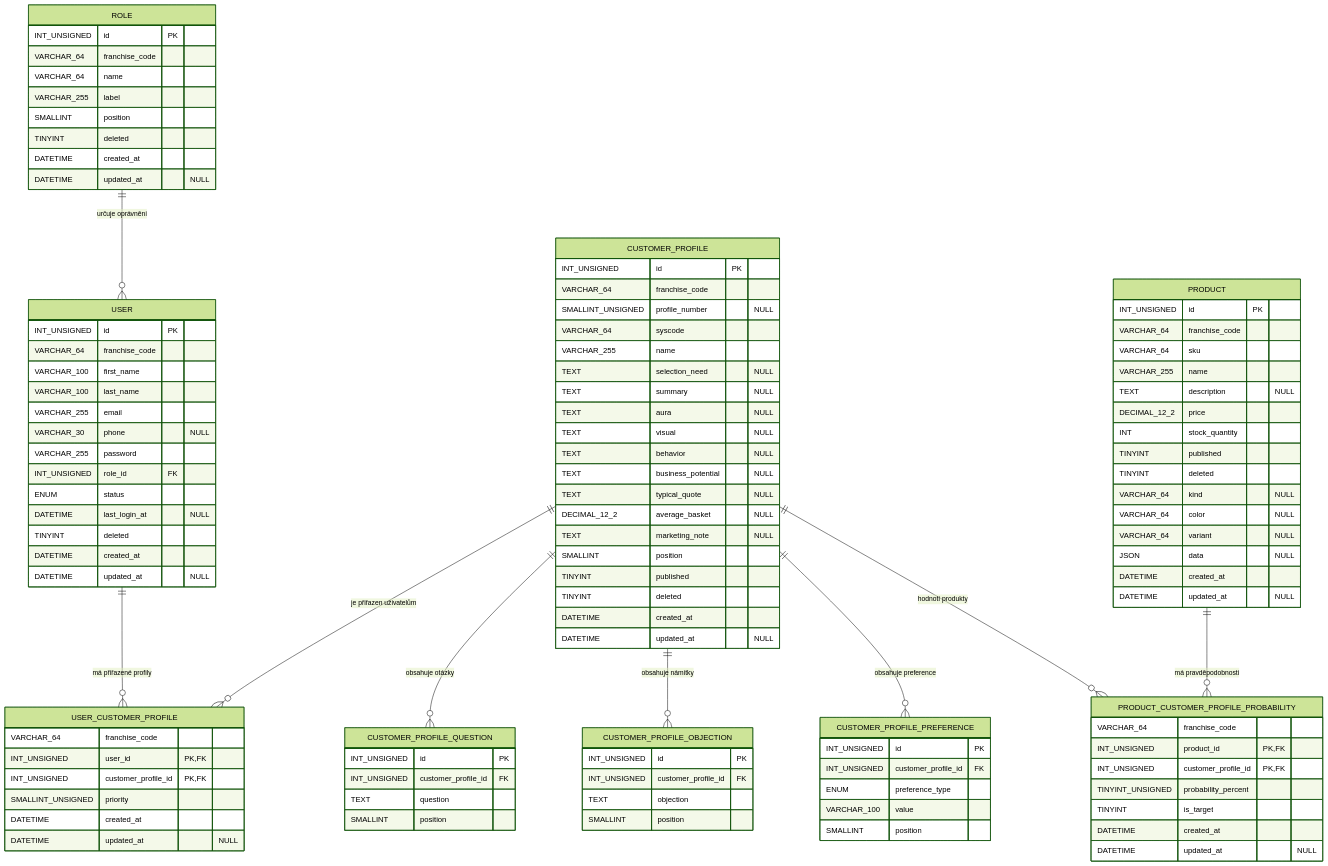
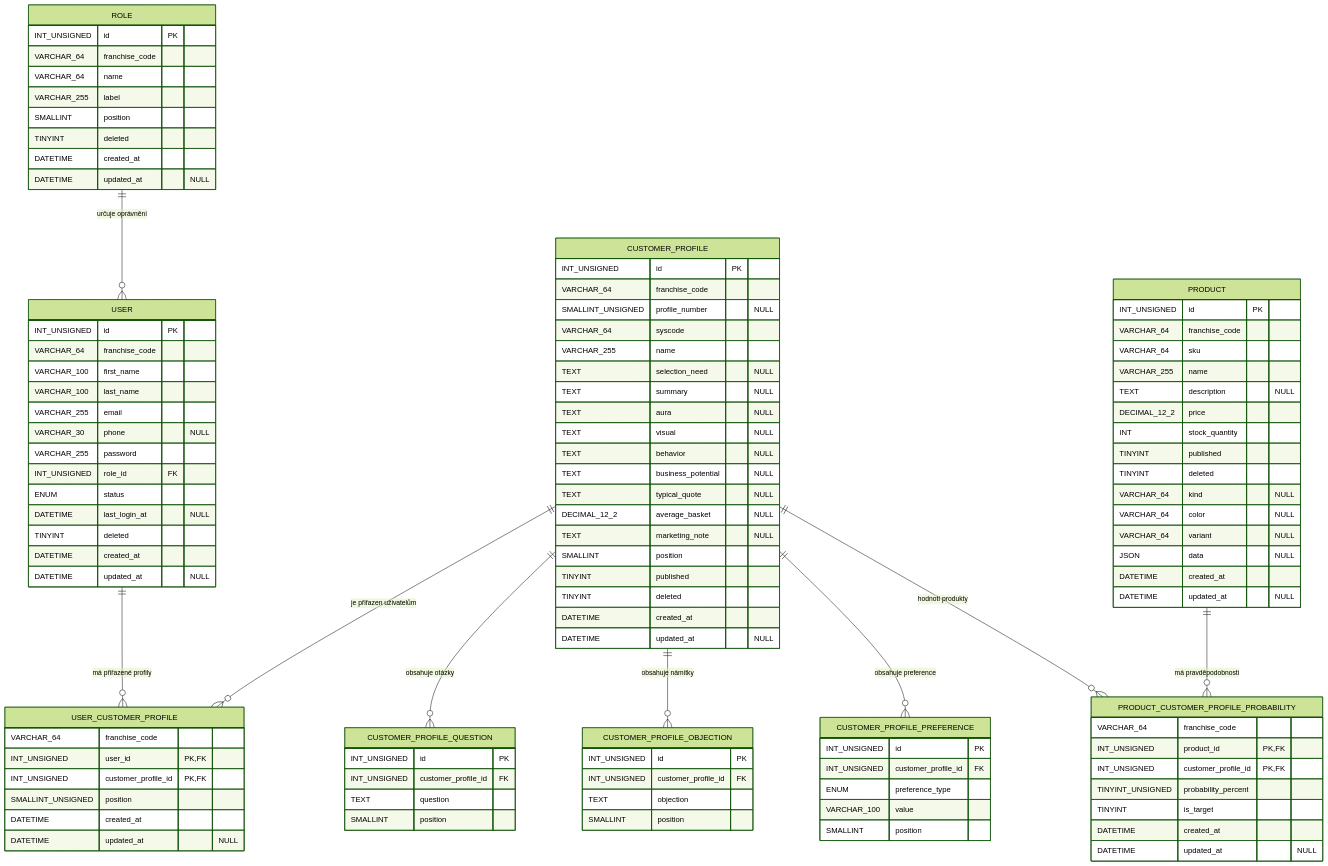
The diagram in CUSTOMER_PROFILE_MODEL.md (suku-kahanamoku/php-core), drawn with Mermaid (forest theme) before and after one commit. The commit also changed other lines of this file and 8 other files, not shown here.

```diff
--- a/CUSTOMER_PROFILE_MODEL.md
+++ b/CUSTOMER_PROFILE_MODEL.md
@@ -86,7 +88,7 @@
         VARCHAR_64 franchise_code
         INT_UNSIGNED user_id PK,FK
         INT_UNSIGNED customer_profile_id PK,FK
-        SMALLINT_UNSIGNED priority
+        SMALLINT_UNSIGNED position
         DATETIME created_at
         DATETIME updated_at "NULL"
     }
```
